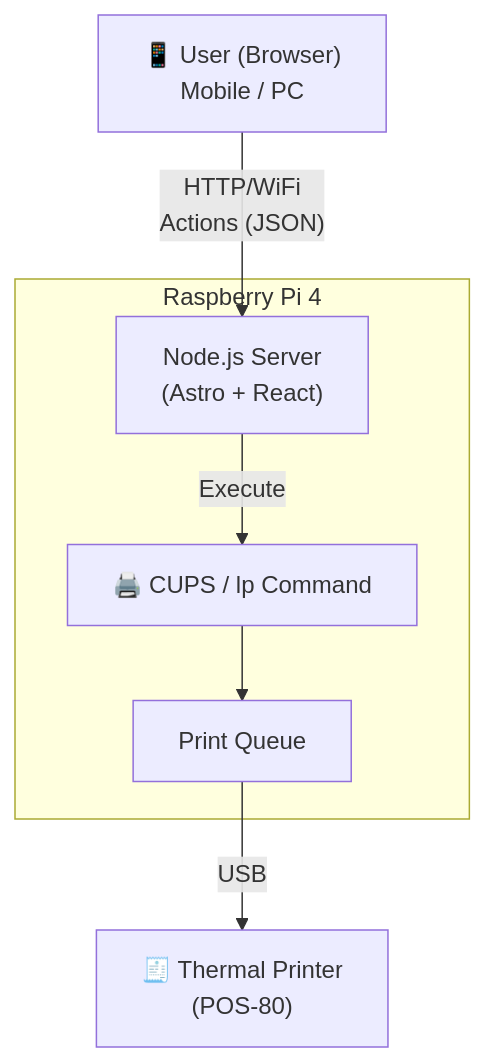
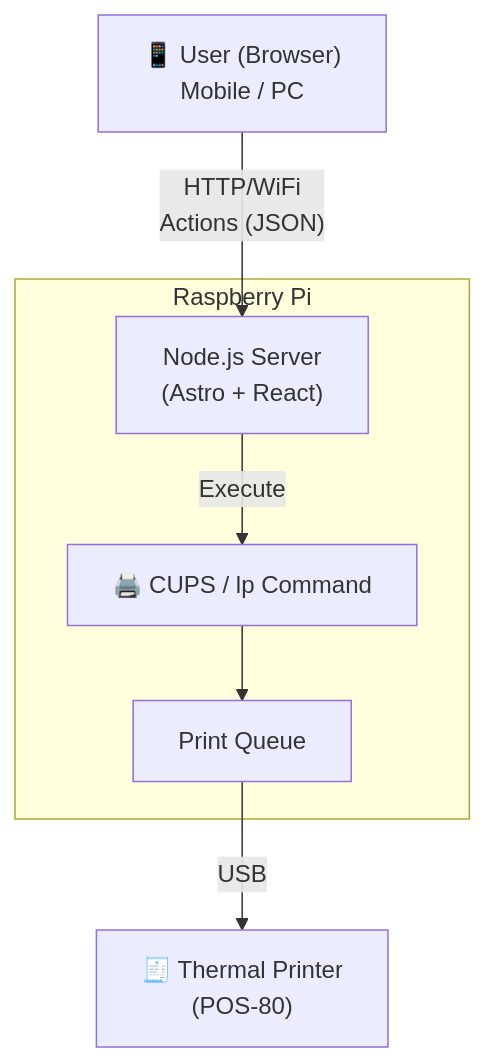
The diagram in README.md (milkmaccya2/thermal-printer-app), drawn with Mermaid before and after one commit. The commit also changed 1 other file, not shown here.

Commit message:
Docs: Sanitize deployment guide and README

````diff
--- a/README.md
+++ b/README.md
@@ -25,17 +25,17 @@
 ```mermaid
 graph TD
     User["📱 User (Browser)<br/>Mobile / PC"]
     
-    subgraph "Raspberry Pi 4"
+    subgraph "Raspberry Pi"
         Server["Node.js Server<br/>(Astro + React)"]
         CUPS["🖨️ CUPS / lp Command"]
         Queue["Print Queue"]
     end
     
     Printer["🧾 Thermal Printer<br/>(POS-80)"]
 
     User --"HTTP/WiFi<br/>Actions (JSON)"--> Server
     Server --"Execute"--> CUPS
     CUPS --> Queue
     Queue --"USB"--> Printer
 ```
````
